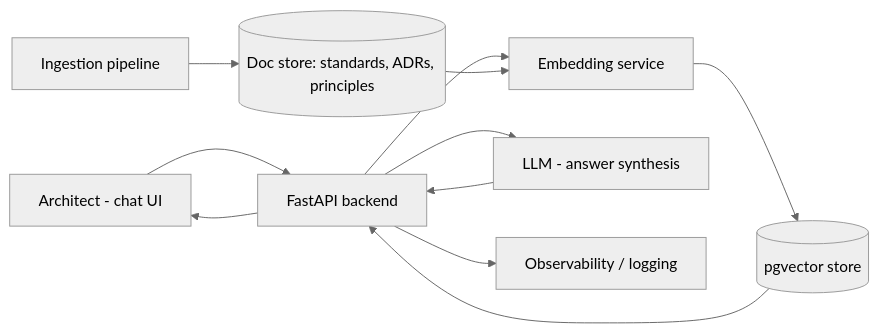
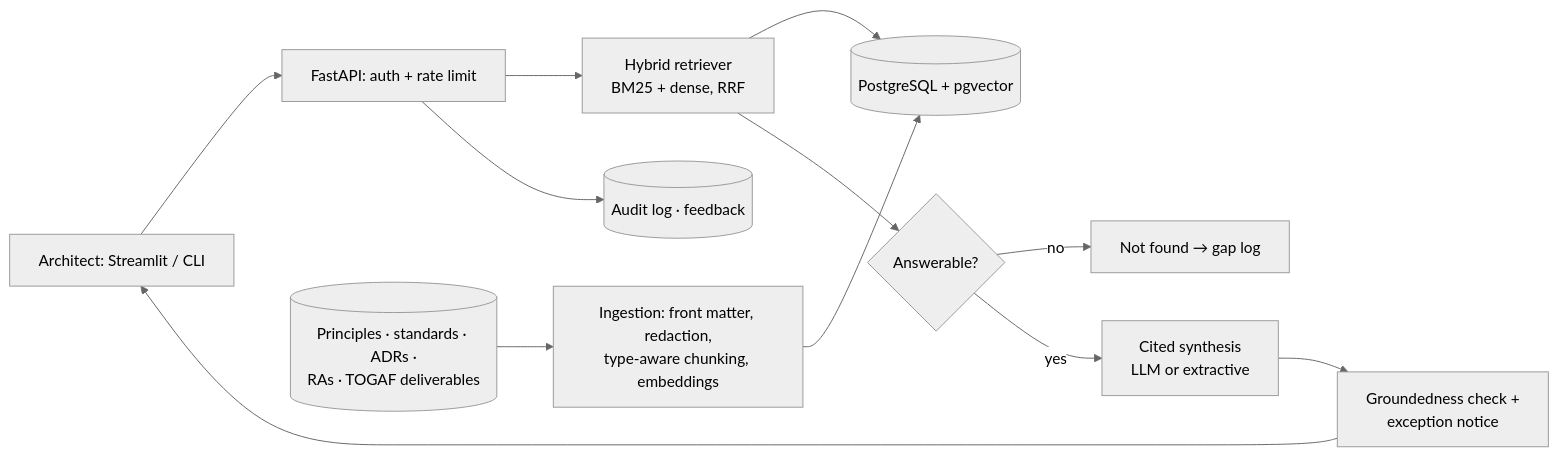
Before and after one commit to MarshalTakavinga/Enterprise-Architecture-AI: the diagram in 01-ea-knowledge-assistant/README.md, drawn with Mermaid (neutral theme). The commit also changed other lines of this file and 92 other files, not shown here.

Commit message:
Case Study 1: EA Knowledge Assistant (RAG over architecture repository)

````diff
--- a/01-ea-knowledge-assistant/README.md
+++ b/01-ea-knowledge-assistant/README.md
@@ -18,13 +25,14 @@
 ```mermaid
 flowchart LR
-    U[Architect - chat UI] --> API[FastAPI backend]
-    API --> EMB[Embedding service]
-    EMB --> VDB[(pgvector store)]
-    VDB --> API
-    API --> LLM[LLM - answer synthesis]
-    LLM --> API
-    API --> U
-    ING[Ingestion pipeline] --> DOC[(Doc store: standards, ADRs, principles)]
-    DOC --> EMB
-    API --> OBS[Observability / logging]
+    U[Architect: Streamlit / CLI] --> API[FastAPI: auth + rate limit]
+    API --> RET[Hybrid retriever<br/>BM25 + dense, RRF]
+    RET --> VDB[(PostgreSQL + pgvector)]
+    RET --> GATE{Answerable?}
+    GATE -- no --> NF[Not found → gap log]
+    GATE -- yes --> LLM[Cited synthesis<br/>LLM or extractive]
+    LLM --> CHK[Groundedness check +<br/>exception notice]
+    CHK --> U
+    ING[Ingestion: front matter, redaction,<br/>type-aware chunking, embeddings] --> VDB
+    DOCS[(Principles · standards · ADRs ·<br/>RAs · TOGAF deliverables)] --> ING
+    API --> LOG[(Audit log · feedback)]
 ```
````
